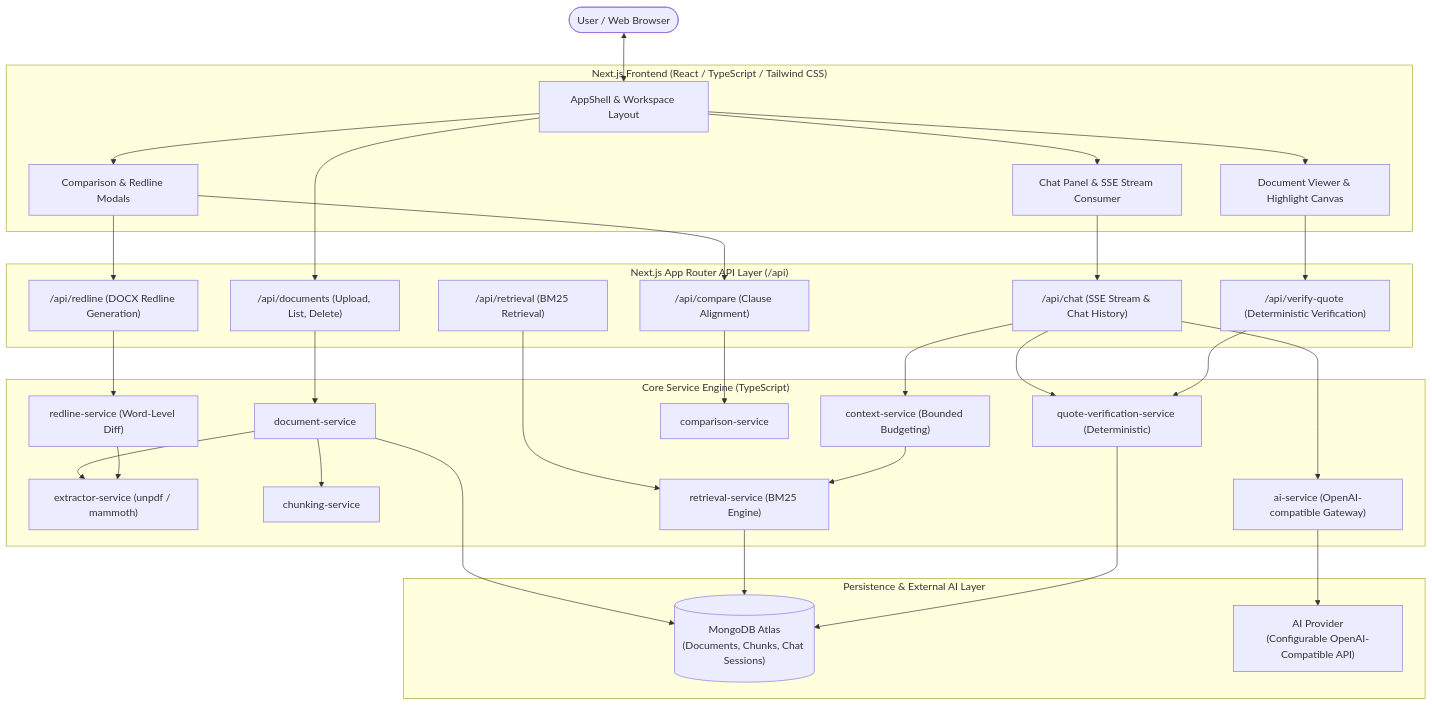
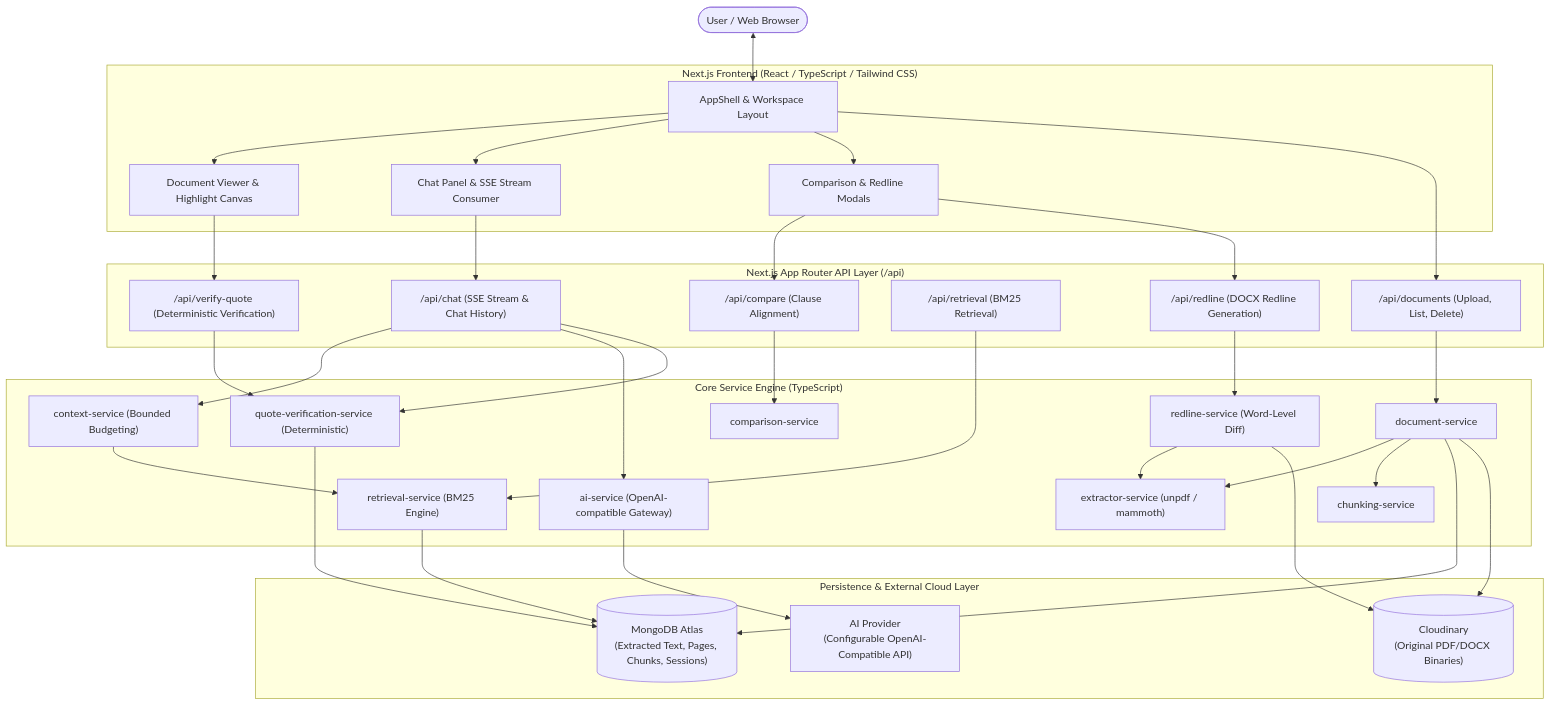
The second of 5 diagrams in README.md (mundkes-tech/file-mentor-ai), drawn with Mermaid before and after one commit. The commit also changed other lines of this file and 10 other files, not shown here.

Commit message:
feat(storage): migrate document binary storage to Cloudinary to resolve Vercel serverless ENOENT errors

````diff
--- a/README.md
+++ b/README.md
@@ -86,66 +86,69 @@
 ```mermaid
 flowchart TD
     User([User / Web Browser])
     
     subgraph Frontend ["Next.js Frontend (React / TypeScript / Tailwind CSS)"]
         UI["AppShell & Workspace Layout"]
         DocViewer["Document Viewer & Highlight Canvas"]
         ChatInterface["Chat Panel & SSE Stream Consumer"]
         ComparisonModal["Comparison & Redline Modals"]
     end
 
     subgraph APILayer ["Next.js App Router API Layer (/api)"]
         DocAPI["/api/documents (Upload, List, Delete)"]
         ChatAPI["/api/chat (SSE Stream & Chat History)"]
         VerifyAPI["/api/verify-quote (Deterministic Verification)"]
         RetrievalAPI["/api/retrieval (BM25 Retrieval)"]
         CompareAPI["/api/compare (Clause Alignment)"]
         RedlineAPI["/api/redline (DOCX Redline Generation)"]
     end
 
     subgraph ServiceLayer ["Core Service Engine (TypeScript)"]
         DocService["document-service"]
         ExtractorService["extractor-service (unpdf / mammoth)"]
         ChunkService["chunking-service"]
         RetrievalService["retrieval-service (BM25 Engine)"]
         ContextService["context-service (Bounded Budgeting)"]
         VerifyService["quote-verification-service (Deterministic)"]
         AIService["ai-service (OpenAI-compatible Gateway)"]
         CompareService["comparison-service"]
         RedlineService["redline-service (Word-Level Diff)"]
     end
 
-    subgraph DataStorage ["Persistence & External AI Layer"]
-        MongoAtlas[("MongoDB Atlas\n(Documents, Chunks, Chat Sessions)")]
+    subgraph DataStorage ["Persistence & External Cloud Layer"]
+        MongoAtlas[("MongoDB Atlas\n(Extracted Text, Pages, Chunks, Sessions)")]
+        CloudinaryStorage[("Cloudinary\n(Original PDF/DOCX Binaries)")]
         AIProvider["AI Provider\n(Configurable OpenAI-Compatible API)"]
     end
 
     User <--> UI
     UI --> DocViewer
     UI --> ChatInterface
     UI --> ComparisonModal
 
     DocViewer --> VerifyAPI
     ChatInterface --> ChatAPI
     ComparisonModal --> CompareAPI
     ComparisonModal --> RedlineAPI
     UI --> DocAPI
 
     DocAPI --> DocService
     ChatAPI --> ContextService
     ChatAPI --> AIService
     ChatAPI --> VerifyService
     VerifyAPI --> VerifyService
     RetrievalAPI --> RetrievalService
     CompareAPI --> CompareService
     RedlineAPI --> RedlineService
 
     DocService --> ExtractorService
     DocService --> ChunkService
     DocService --> MongoAtlas
+    DocService --> CloudinaryStorage
     ContextService --> RetrievalService
     RetrievalService --> MongoAtlas
     AIService --> AIProvider
     VerifyService --> MongoAtlas
     RedlineService --> ExtractorService
+    RedlineService --> CloudinaryStorage
 ```
````
